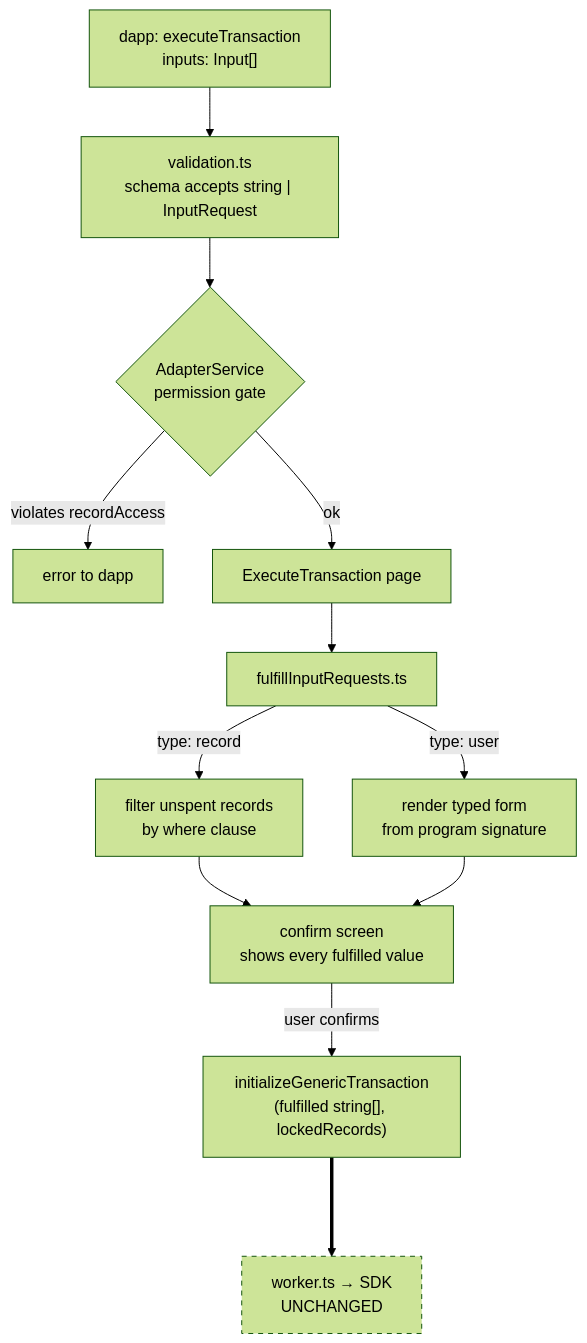
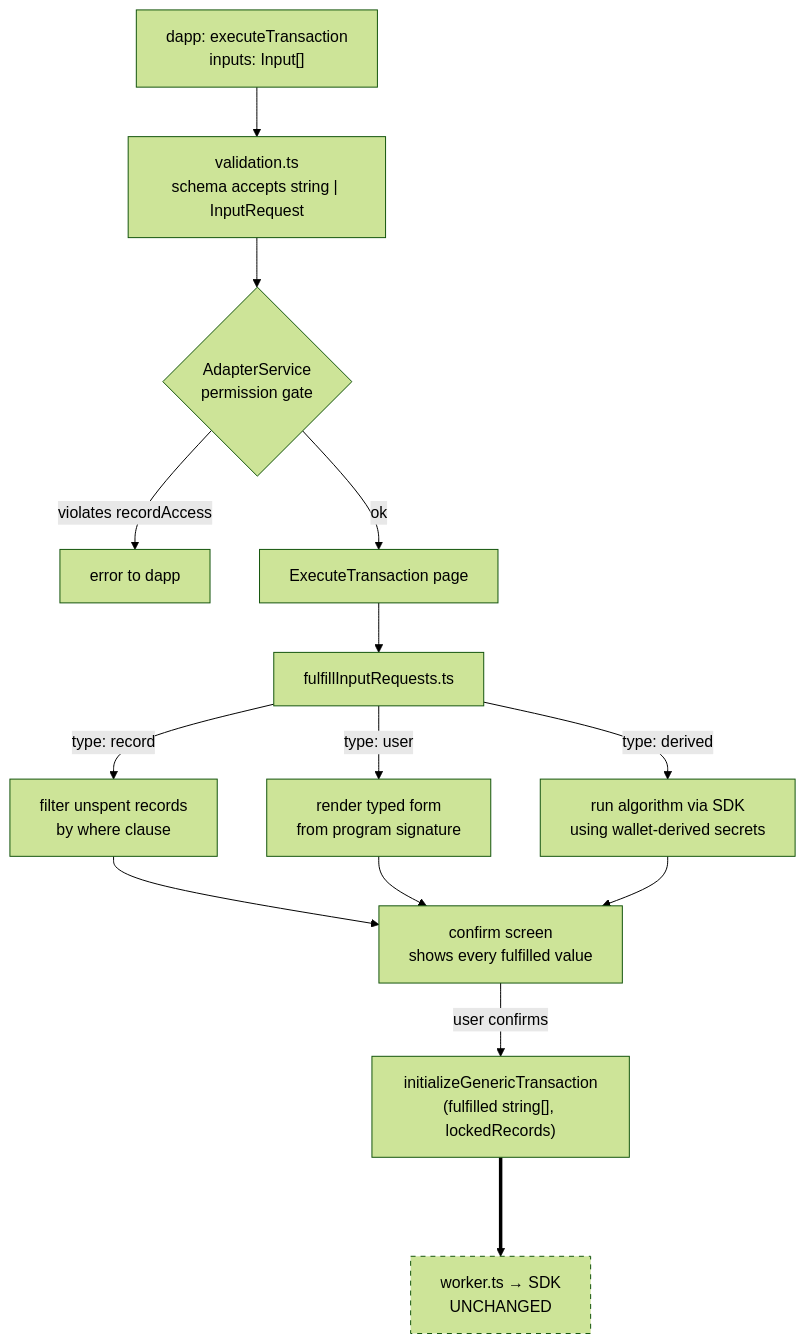
The diagram in docs/adapter-privacy-extension.md (ProvableHQ/aleo-dev-toolkit), drawn with Mermaid (forest theme) before and after one commit. The commit also changed other lines of this file and 14 other files, not shown here.

````diff
--- a/docs/adapter-privacy-extension.md
+++ b/docs/adapter-privacy-extension.md
@@ -159,17 +238,19 @@
 ```mermaid
 flowchart TD
   A["dapp: executeTransaction<br/>inputs: Input[]"] --> B["validation.ts<br/>schema accepts string | InputRequest"]
   B --> C{"AdapterService<br/>permission gate"}
   C -- "violates recordAccess" --> X["error to dapp"]
   C -- ok --> D["ExecuteTransaction page"]
   D --> R["fulfillInputRequests.ts"]
   R -- "type: record" --> R1["filter unspent records<br/>by where clause"]
   R -- "type: user" --> R3["render typed form<br/>from program signature"]
+  R -- "type: derived" --> R4["run algorithm via SDK<br/>using wallet-derived secrets"]
   R1 --> F["confirm screen<br/>shows every fulfilled value"]
   R3 --> F
+  R4 --> F
   F -- user confirms --> G["initializeGenericTransaction<br/>(fulfilled string[], lockedRecords)"]
   G ===> H["worker.ts → SDK<br/>UNCHANGED"]
 
   classDef boundary stroke-dasharray: 5 5;
   class H boundary;
 ```
````
